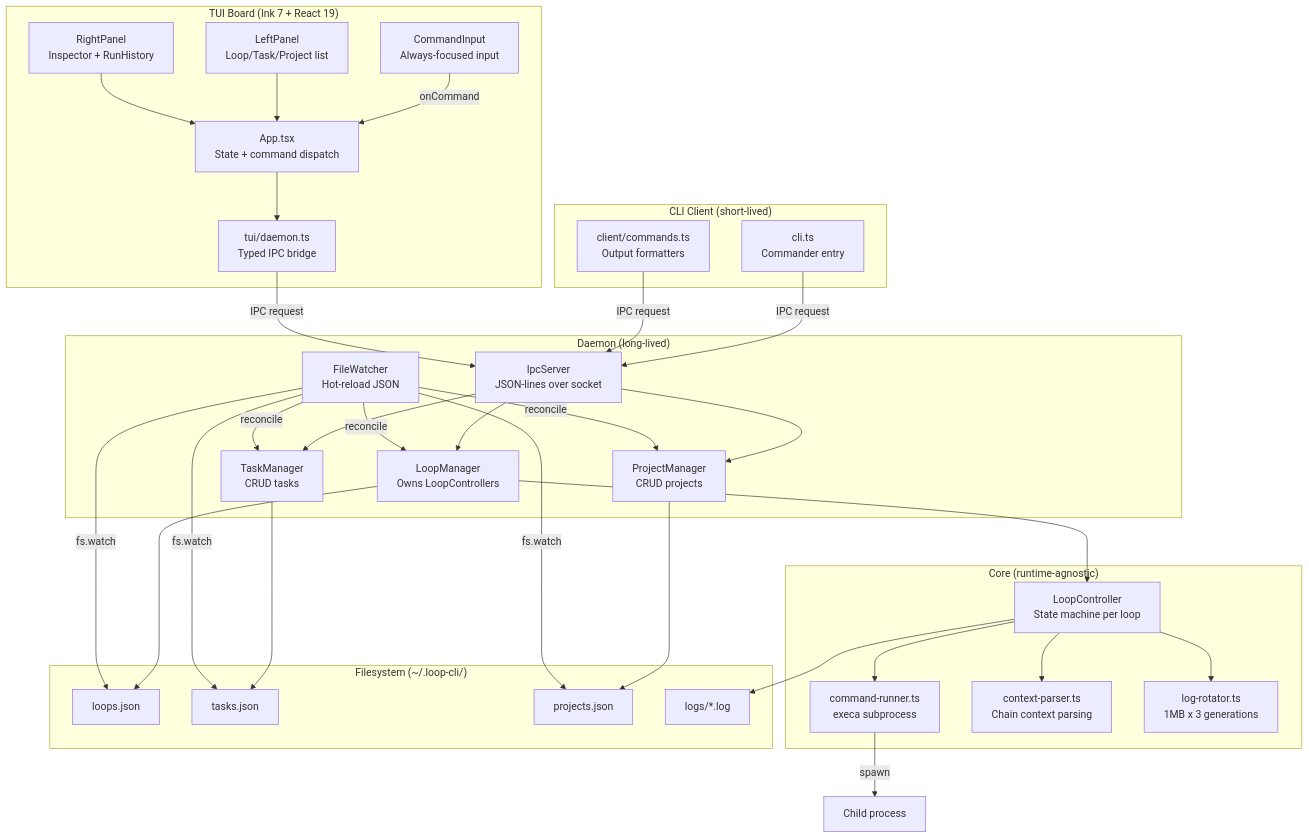
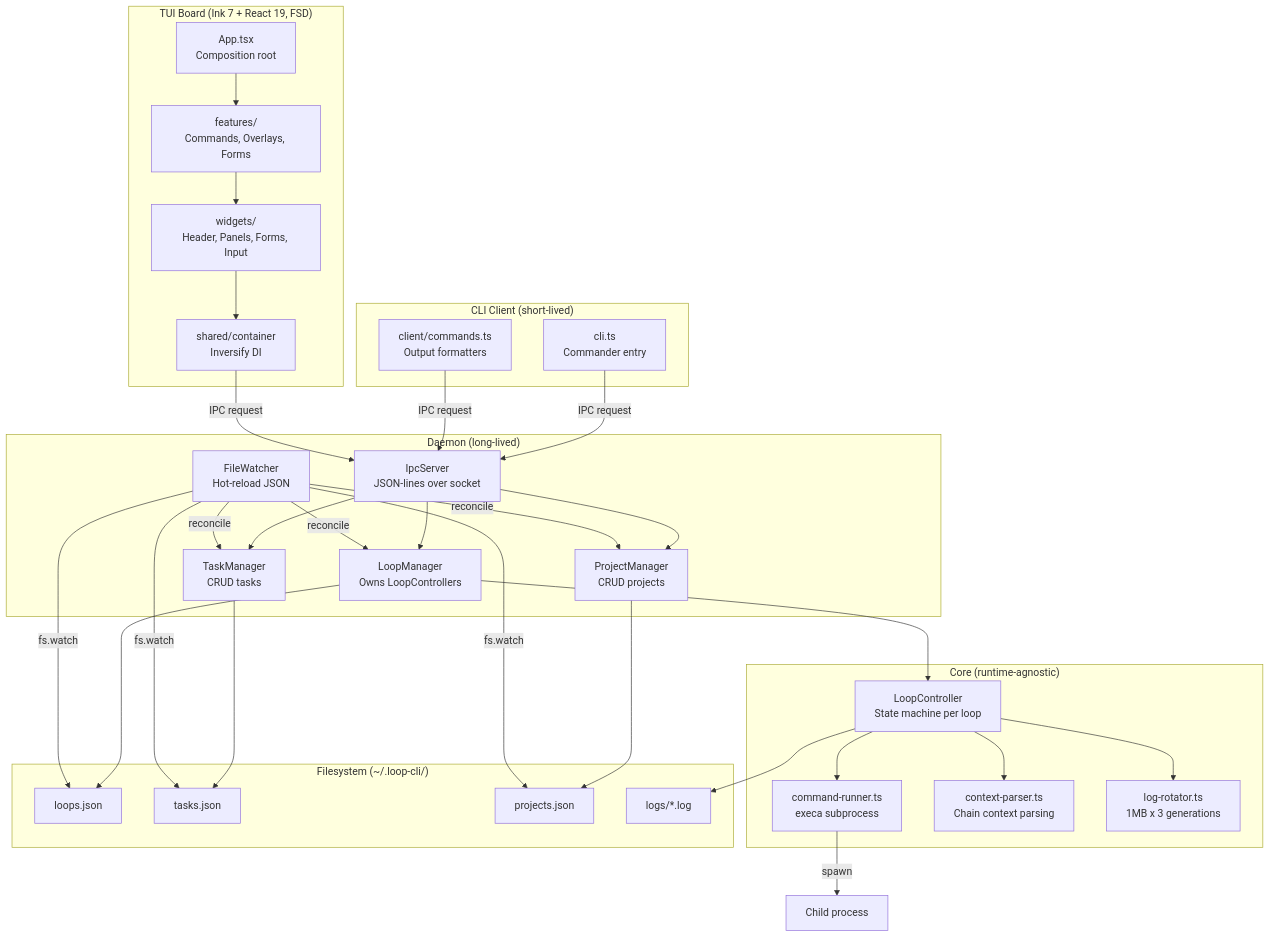
The first of 3 diagrams in ARCHITECTURE.md (CKGrafico/loop-task), drawn with Mermaid before and after one commit. The commit also changed other lines of this file and 30 other files, not shown here.

First line of the commit message:
Merge pull request #44 from CKGrafico/archive/batch-fsd-changes

````diff
--- a/ARCHITECTURE.md
+++ b/ARCHITECTURE.md
@@ -130,67 +151,65 @@
 ```mermaid
 graph TB
     subgraph "CLI Client (short-lived)"
         CLI[cli.ts<br/>Commander entry]
         CMD[client/commands.ts<br/>Output formatters]
     end
 
-    subgraph "TUI Board (Ink 7 + React 19)"
-        APP[App.tsx<br/>State + command dispatch]
-        INPUT[CommandInput<br/>Always-focused input]
-        LEFT[LeftPanel<br/>Loop/Task/Project list]
-        RIGHT[RightPanel<br/>Inspector + RunHistory]
-        TUIDAEMON[tui/daemon.ts<br/>Typed IPC bridge]
+    subgraph "TUI Board (Ink 7 + React 19, FSD)"
+        APP[App.tsx<br/>Composition root]
+        FEAT[features/<br/>Commands, Overlays, Forms]
+        WIDG[widgets/<br/>Header, Panels, Forms, Input]
+        DI[shared/container<br/>Inversify DI]
     end
 
     subgraph "Daemon (long-lived)"
         SERVER[IpcServer<br/>JSON-lines over socket]
         MANAGER[LoopManager<br/>Owns LoopControllers]
         TASKMGR[TaskManager<br/>CRUD tasks]
         PROJMGR[ProjectManager<br/>CRUD projects]
         WATCHER[FileWatcher<br/>Hot-reload JSON]
     end
 
     subgraph "Core (runtime-agnostic)"
         CTRL[LoopController<br/>State machine per loop]
         RUNNER[command-runner.ts<br/>execa subprocess]
         CTX[context-parser.ts<br/>Chain context parsing]
         ROTATOR[log-rotator.ts<br/>1MB x 3 generations]
     end
 
     subgraph "Filesystem (~/.loop-cli/)"
         LOOPSJSON[loops.json]
         TASKSJSON[tasks.json]
         PROJECTSJSON[projects.json]
         LOGS[logs/*.log]
     end
 
     CLI -->|IPC request| SERVER
     CMD -->|IPC request| SERVER
-    APP --> TUIDAEMON
-    TUIDAEMON -->|IPC request| SERVER
-    INPUT -->|onCommand| APP
-    LEFT --> APP
-    RIGHT --> APP
+    APP --> FEAT
+    FEAT --> WIDG
+    WIDG --> DI
+    DI -->|IPC request| SERVER
 
     SERVER --> MANAGER
     SERVER --> TASKMGR
     SERVER --> PROJMGR
 
     MANAGER --> CTRL
     CTRL --> RUNNER
     RUNNER -->|spawn| CHILD[Child process]
     CTRL --> CTX
     CTRL --> ROTATOR
     CTRL --> LOGS
 
     MANAGER --> LOOPSJSON
     TASKMGR --> TASKSJSON
     PROJMGR --> PROJECTSJSON
 
     WATCHER -->|fs.watch| LOOPSJSON
     WATCHER -->|fs.watch| TASKSJSON
     WATCHER -->|fs.watch| PROJECTSJSON
     WATCHER -->|reconcile| MANAGER
     WATCHER -->|reconcile| TASKMGR
     WATCHER -->|reconcile| PROJMGR
 ```
````
